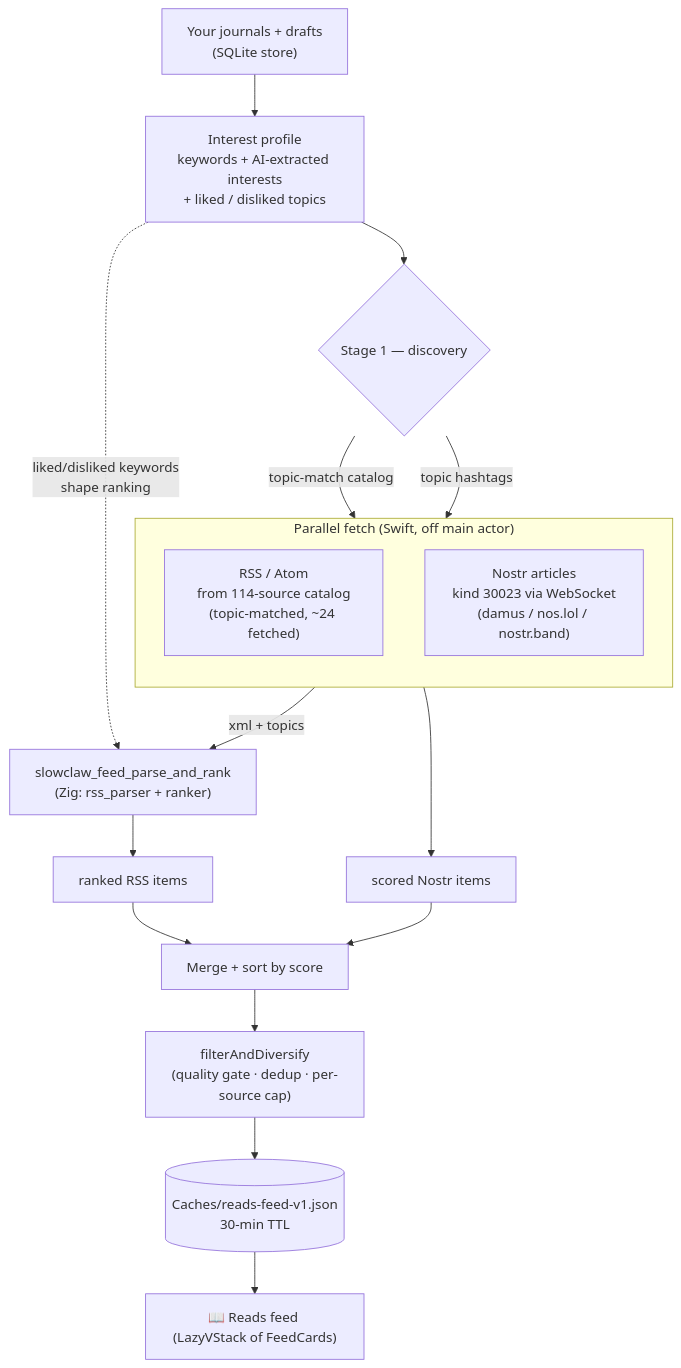
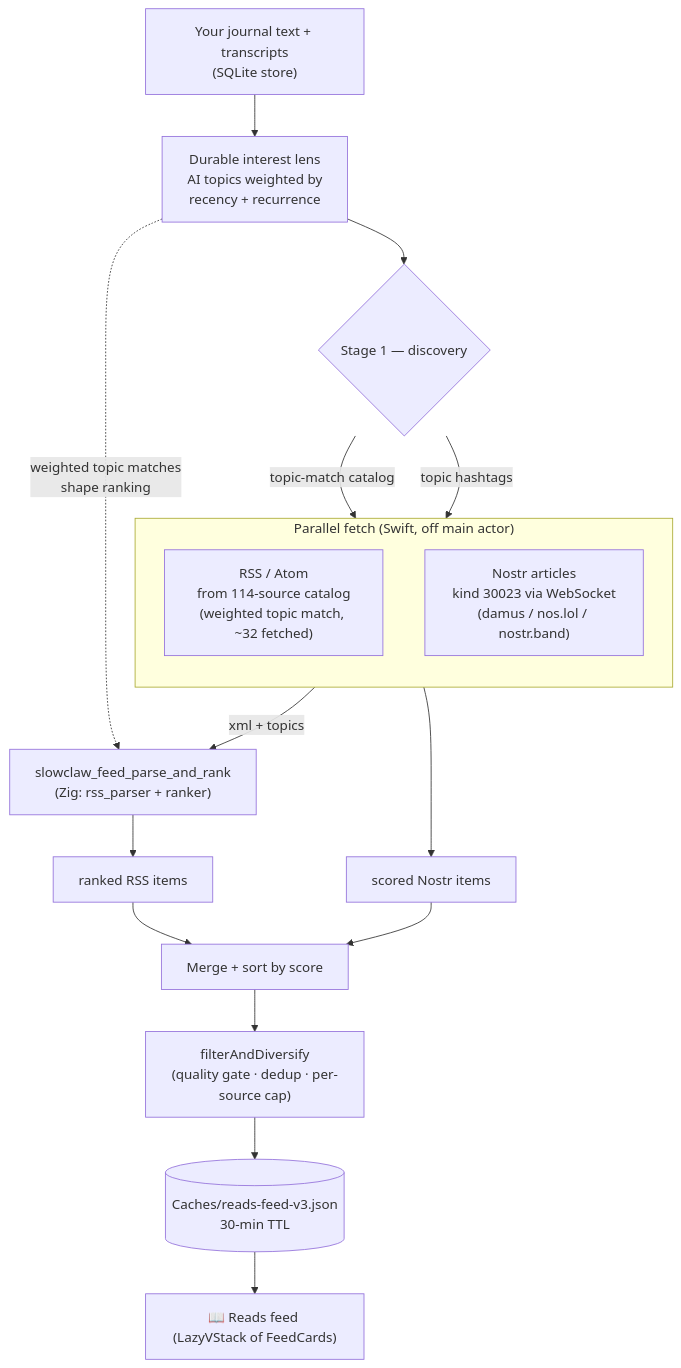
The seventh of 10 diagrams in README.md (zanynik/slowclaw.social), drawn with Mermaid before and after one commit. The commit also changed other lines of this file and 14 other files, not shown here.

````diff
--- a/README.md
+++ b/README.md
@@ -318,25 +318,25 @@
 ```mermaid
 flowchart TB
-    J["Your journals + drafts<br/>(SQLite store)"] --> IP["Interest profile<br/>keywords + AI-extracted interests<br/>+ liked / disliked topics"]
+    J["Your journal text + transcripts<br/>(SQLite store)"] --> IP["Durable interest lens<br/>AI topics weighted by<br/>recency + recurrence"]
     IP --> S1{"Stage 1 — discovery"}
 
     subgraph FETCH["Parallel fetch  (Swift, off main actor)"]
         direction TB
-        RSS["RSS / Atom<br/>from 114-source catalog<br/>(topic-matched, ~24 fetched)"]
+        RSS["RSS / Atom<br/>from 114-source catalog<br/>(weighted topic match, ~32 fetched)"]
         NOS["Nostr articles<br/>kind 30023 via WebSocket<br/>(damus / nos.lol / nostr.band)"]
     end
     S1 -->|"topic-match catalog"| RSS
     S1 -->|"topic hashtags"| NOS
 
     RSS -->|"xml + topics"| PARSE["slowclaw_feed_parse_and_rank<br/>(Zig: rss_parser + ranker)"]
     PARSE --> RANKED1["ranked RSS items"]
     NOS --> RANKED2["scored Nostr items"]
 
     RANKED1 --> MERGE["Merge + sort by score"]
     RANKED2 --> MERGE
     MERGE --> DIV["filterAndDiversify<br/>(quality gate · dedup · per-source cap)"]
-    DIV --> CACHE[("Caches/reads-feed-v1.json<br/>30-min TTL")]
+    DIV --> CACHE[("Caches/reads-feed-v3.json<br/>30-min TTL")]
     CACHE --> FEED["📖 Reads feed (LazyVStack of FeedCards)"]
 
-    IP -.->|"liked/disliked keywords<br/>shape ranking"| PARSE
+    IP -.->|"weighted topic matches<br/>shape ranking"| PARSE
 ```
````
